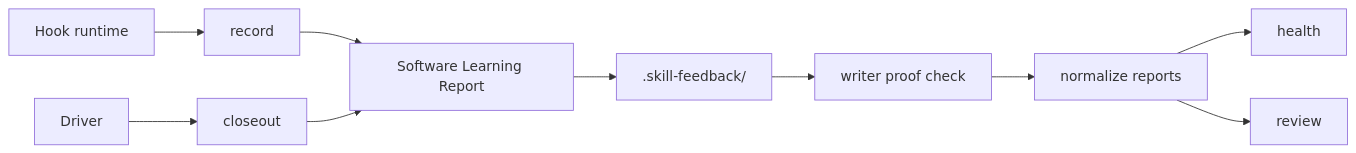
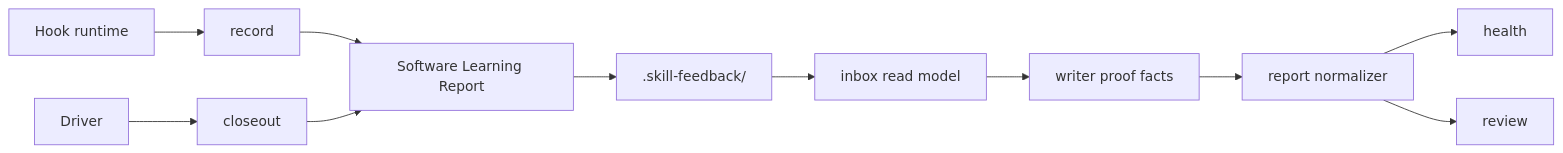
Before and after one commit to nathanvale/claude-code-config: the second of 5 diagrams in skills/skill-feedback/ARCHITECTURE.md, drawn with Mermaid. The commit also changed other lines of this file and 22 other files, not shown here.

````diff
--- a/skills/skill-feedback/ARCHITECTURE.md
+++ b/skills/skill-feedback/ARCHITECTURE.md
@@ -98,12 +131,13 @@
 ```mermaid
 flowchart LR
   Hook["Hook runtime"] --> Record["record"]
   Driver["Driver"] --> Closeout["closeout"]
   Record --> Report["Software Learning Report"]
   Closeout --> Report
   Report --> Inbox[".skill-feedback/"]
-  Inbox --> Proof["writer proof check"]
-  Proof --> Normalize["normalize reports"]
+  Inbox --> ReadModel["inbox read model"]
+  ReadModel --> Proof["writer proof facts"]
+  Proof --> Normalize["report normalizer"]
   Normalize --> Health["health"]
   Normalize --> Review["review"]
 ```
````
